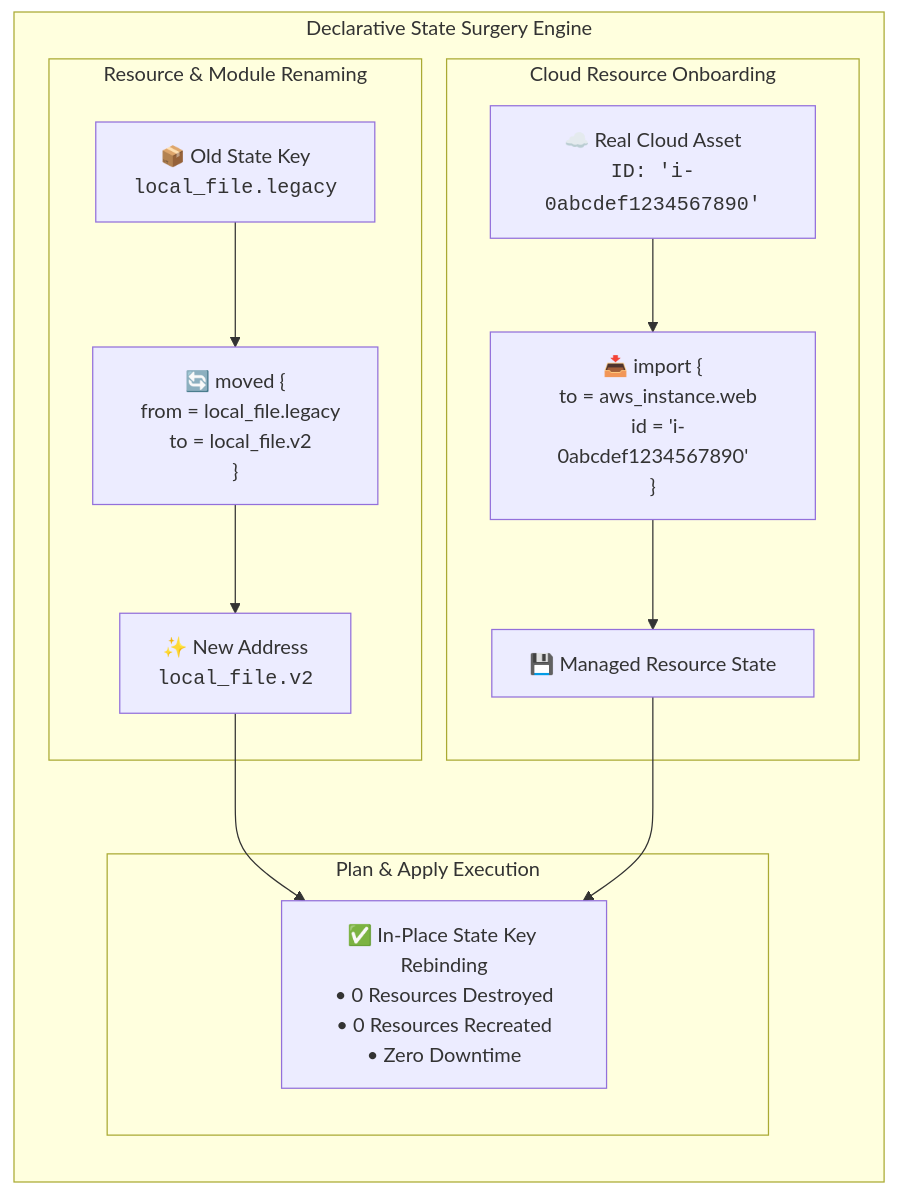
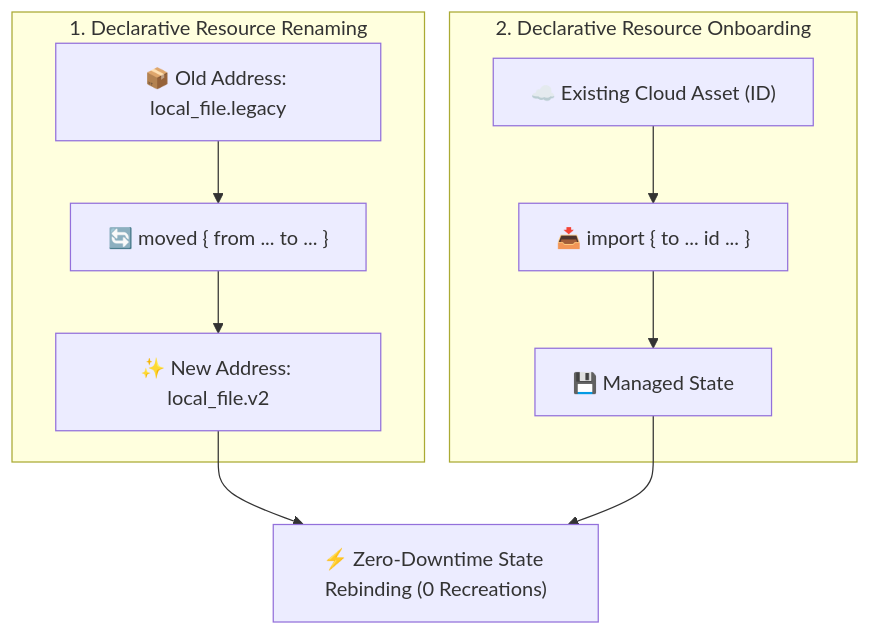
Before and after one commit to dnf0/terralings: the diagram in docs/guides/09-state-management.md, drawn with Mermaid. The commit also changed other lines of this file and 18 other files, not shown here.

First line of the commit message:
docs(guides): simplify mermaid diagrams and add conceptual breakdowns (#24)

````diff
--- a/docs/guides/09-state-management.md
+++ b/docs/guides/09-state-management.md
@@ -17,29 +17,15 @@
 ```mermaid
 flowchart TD
-    subgraph DeclarativeState["Declarative State Surgery Engine"]
-        direction TB
-        
-        subgraph Renaming["Resource & Module Renaming"]
-            OldAddr["📦 Old State Key<br/><code>local_file.legacy</code>"]
-            MovedBlock["🔄 moved {<br/>&nbsp;&nbsp;from = local_file.legacy<br/>&nbsp;&nbsp;to = local_file.v2<br/>}"]
-            NewAddr["✨ New Address<br/><code>local_file.v2</code>"]
-            
-            OldAddr --> MovedBlock --> NewAddr
-        end
-
-        subgraph Importing["Cloud Resource Onboarding"]
-            CloudRes["☁️ Real Cloud Asset<br/><code>ID: 'i-0abcdef1234567890'</code>"]
-            ImportBlock["📥 import {<br/>&nbsp;&nbsp;to = aws_instance.web<br/>&nbsp;&nbsp;id = 'i-0abcdef1234567890'<br/>}"]
-            ImportState["💾 Managed Resource State"]
-            
-            CloudRes --> ImportBlock --> ImportState
-        end
-
-        subgraph PlanOutcome["Plan & Apply Execution"]
-            ZeroDowntime["✅ In-Place State Key Rebinding<br/>• 0 Resources Destroyed<br/>• 0 Resources Recreated<br/>• Zero Downtime"]
-        end
+    subgraph Refactor["1. Declarative Resource Renaming"]
+        Old["📦 Old Address: local_file.legacy"] --> Moved["🔄 moved { from ... to ... }"]
+        Moved --> New["✨ New Address: local_file.v2"]
     end
 
-    NewAddr --> ZeroDowntime
-    ImportState --> ZeroDowntime
+    subgraph Import["2. Declarative Resource Onboarding"]
+        Cloud["☁️ Existing Cloud Asset (ID)"] --> ImportBlock["📥 import { to ... id ... }"]
+        ImportBlock --> State["💾 Managed State"]
+    end
+
+    New --> PlanApply["⚡ Zero-Downtime State Rebinding (0 Recreations)"]
+    State --> PlanApply
 ```
````
